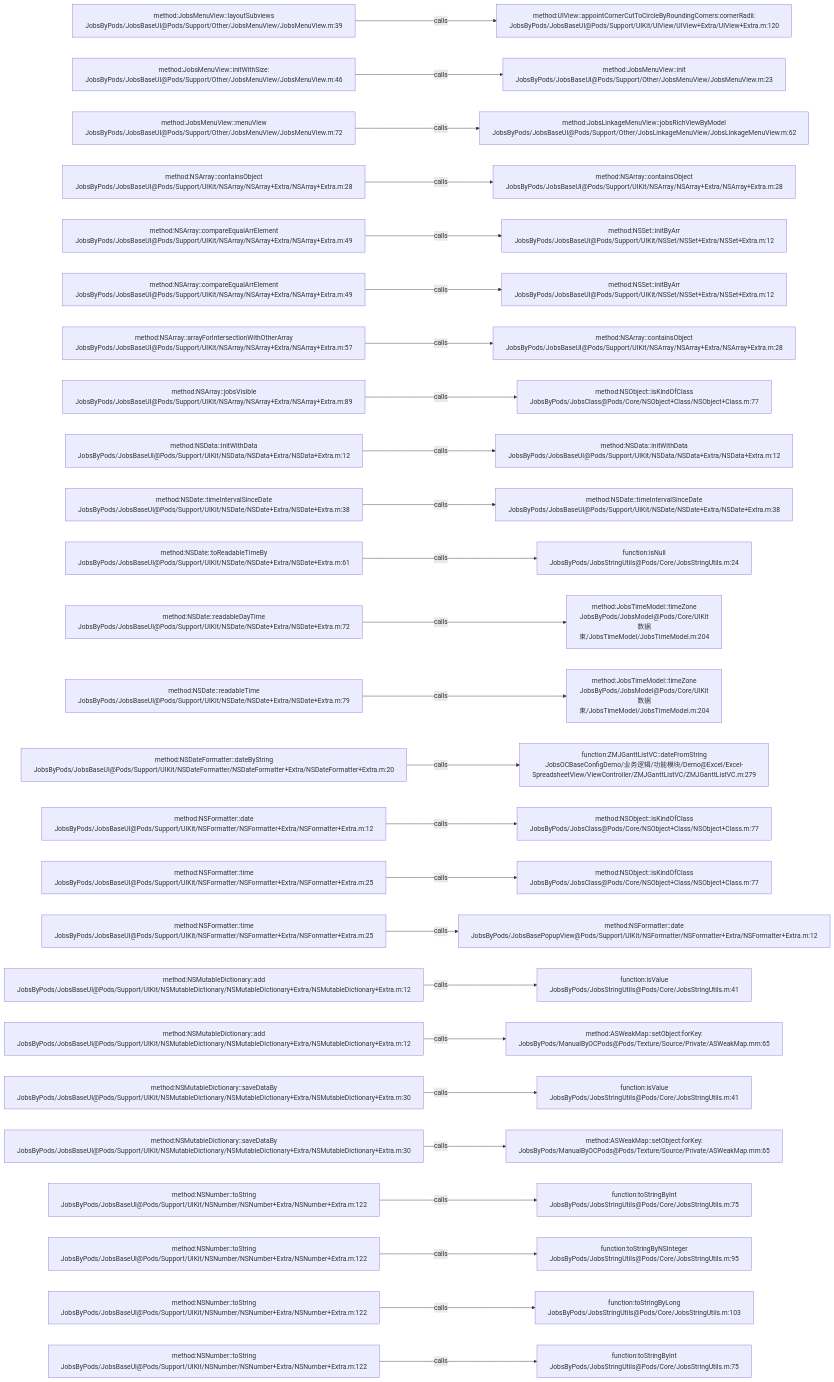
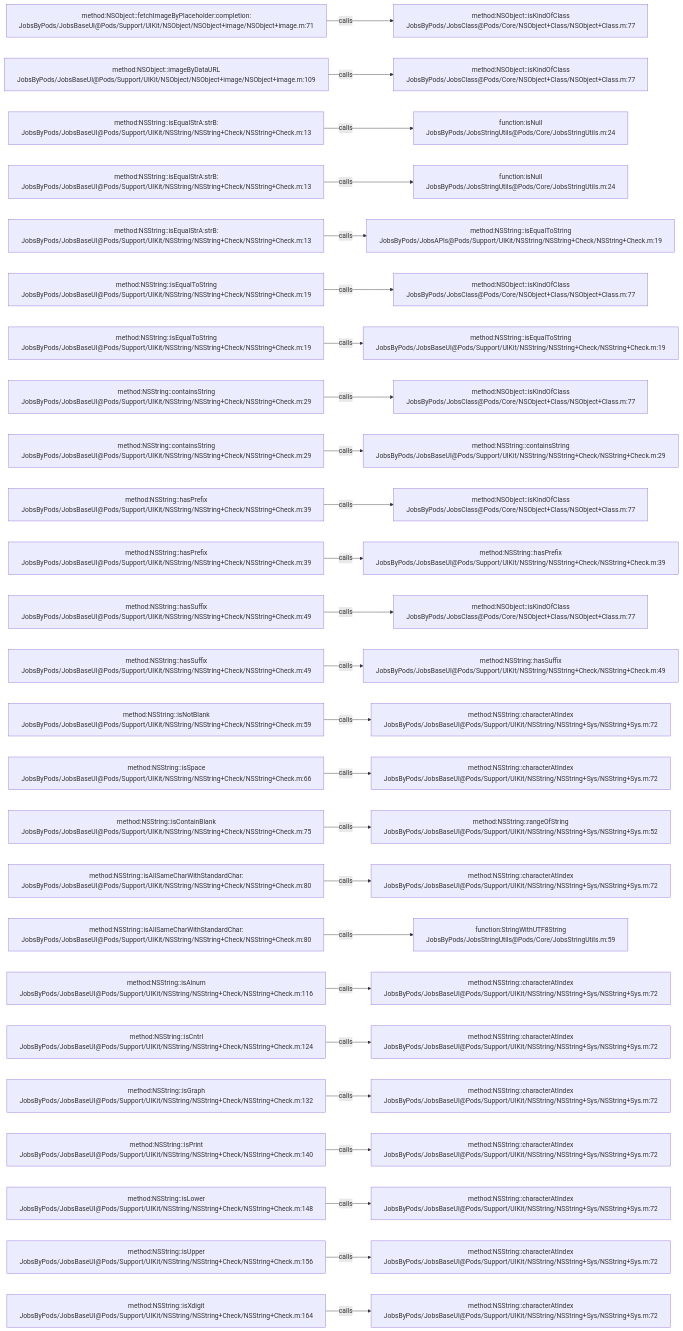
The diagram in .codegraph/codegraph.md/graphs/calls-037.md (JobsKits/JobsOCBaseConfigDemo), drawn with Mermaid before and after one commit. The commit also changed 639 other files, not shown here.

````diff
--- a/.codegraph/codegraph.md/graphs/calls-037.md
+++ b/.codegraph/codegraph.md/graphs/calls-037.md
@@ -13,78 +13,78 @@
 ```mermaid
 flowchart LR
-  S1["method:JobsMenuView::layoutSubviews<br/>JobsByPods/JobsBaseUI@Pods/Support/Other/JobsMenuView/JobsMenuView.m:39"]
-  T1["method:UIView::appointCornerCutToCircleByRoundingCorners:cornerRadii:<br/>JobsByPods/JobsBaseUI@Pods/Support/UIKit/UIView/UIView+Extra/UIView+Extra.m:120"]
+  S1["method:NSObject::fetchImageByPlaceholder:completion:<br/>JobsByPods/JobsBaseUI@Pods/Support/UIKit/NSObject/NSObject+image/NSObject+image.m:71"]
+  T1["method:NSObject::isKindOfClass<br/>JobsByPods/JobsClass@Pods/Core/NSObject+Class/NSObject+Class.m:77"]
   S1 -->|calls| T1
-  S2["method:JobsMenuView::initWithSize:<br/>JobsByPods/JobsBaseUI@Pods/Support/Other/JobsMenuView/JobsMenuView.m:46"]
-  T2["method:JobsMenuView::init<br/>JobsByPods/JobsBaseUI@Pods/Support/Other/JobsMenuView/JobsMenuView.m:23"]
+  S2["method:NSObject::imageByDataURL<br/>JobsByPods/JobsBaseUI@Pods/Support/UIKit/NSObject/NSObject+image/NSObject+image.m:109"]
+  T2["method:NSObject::isKindOfClass<br/>JobsByPods/JobsClass@Pods/Core/NSObject+Class/NSObject+Class.m:77"]
   S2 -->|calls| T2
-  S3["method:JobsMenuView::menuView<br/>JobsByPods/JobsBaseUI@Pods/Support/Other/JobsMenuView/JobsMenuView.m:72"]
-  T3["method:JobsLinkageMenuView::jobsRichViewByModel<br/>JobsByPods/JobsBaseUI@Pods/Support/Other/JobsLinkageMenuView/JobsLinkageMenuView.m:62"]
+  S3["method:NSString::isEqualStrA:strB:<br/>JobsByPods/JobsBaseUI@Pods/Support/UIKit/NSString/NSString+Check/NSString+Check.m:13"]
+  T3["function:isNull<br/>JobsByPods/JobsStringUtils@Pods/Core/JobsStringUtils.m:24"]
   S3 -->|calls| T3
-  S4["method:NSArray::containsObject<br/>JobsByPods/JobsBaseUI@Pods/Support/UIKit/NSArray/NSArray+Extra/NSArray+Extra.m:28"]
-  T4["method:NSArray::containsObject<br/>JobsByPods/JobsBaseUI@Pods/Support/UIKit/NSArray/NSArray+Extra/NSArray+Extra.m:28"]
+  S4["method:NSString::isEqualStrA:strB:<br/>JobsByPods/JobsBaseUI@Pods/Support/UIKit/NSString/NSString+Check/NSString+Check.m:13"]
+  T4["function:isNull<br/>JobsByPods/JobsStringUtils@Pods/Core/JobsStringUtils.m:24"]
   S4 -->|calls| T4
-  S5["method:NSArray::compareEqualArrElement<br/>JobsByPods/JobsBaseUI@Pods/Support/UIKit/NSArray/NSArray+Extra/NSArray+Extra.m:49"]
-  T5["method:NSSet::initByArr<br/>JobsByPods/JobsBaseUI@Pods/Support/UIKit/NSSet/NSSet+Extra/NSSet+Extra.m:12"]
+  S5["method:NSString::isEqualStrA:strB:<br/>JobsByPods/JobsBaseUI@Pods/Support/UIKit/NSString/NSString+Check/NSString+Check.m:13"]
+  T5["method:NSString::isEqualToString<br/>JobsByPods/JobsAPIs@Pods/Support/UIKit/NSString/NSString+Check/NSString+Check.m:19"]
   S5 -->|calls| T5
-  S6["method:NSArray::compareEqualArrElement<br/>JobsByPods/JobsBaseUI@Pods/Support/UIKit/NSArray/NSArray+Extra/NSArray+Extra.m:49"]
-  T6["method:NSSet::initByArr<br/>JobsByPods/JobsBaseUI@Pods/Support/UIKit/NSSet/NSSet+Extra/NSSet+Extra.m:12"]
+  S6["method:NSString::isEqualToString<br/>JobsByPods/JobsBaseUI@Pods/Support/UIKit/NSString/NSString+Check/NSString+Check.m:19"]
+  T6["method:NSObject::isKindOfClass<br/>JobsByPods/JobsClass@Pods/Core/NSObject+Class/NSObject+Class.m:77"]
   S6 -->|calls| T6
-  S7["method:NSArray::arrayForIntersectionWithOtherArray<br/>JobsByPods/JobsBaseUI@Pods/Support/UIKit/NSArray/NSArray+Extra/NSArray+Extra.m:57"]
-  T7["method:NSArray::containsObject<br/>JobsByPods/JobsBaseUI@Pods/Support/UIKit/NSArray/NSArray+Extra/NSArray+Extra.m:28"]
+  S7["method:NSString::isEqualToString<br/>JobsByPods/JobsBaseUI@Pods/Support/UIKit/NSString/NSString+Check/NSString+Check.m:19"]
+  T7["method:NSString::isEqualToString<br/>JobsByPods/JobsBaseUI@Pods/Support/UIKit/NSString/NSString+Check/NSString+Check.m:19"]
   S7 -->|calls| T7
-  S8["method:NSArray::jobsVisible<br/>JobsByPods/JobsBaseUI@Pods/Support/UIKit/NSArray/NSArray+Extra/NSArray+Extra.m:89"]
+  S8["method:NSString::containsString<br/>JobsByPods/JobsBaseUI@Pods/Support/UIKit/NSString/NSString+Check/NSString+Check.m:29"]
   T8["method:NSObject::isKindOfClass<br/>JobsByPods/JobsClass@Pods/Core/NSObject+Class/NSObject+Class.m:77"]
   S8 -->|calls| T8
-  S9["method:NSData::initWithData<br/>JobsByPods/JobsBaseUI@Pods/Support/UIKit/NSData/NSData+Extra/NSData+Extra.m:12"]
-  T9["method:NSData::initWithData<br/>JobsByPods/JobsBaseUI@Pods/Support/UIKit/NSData/NSData+Extra/NSData+Extra.m:12"]
+  S9["method:NSString::containsString<br/>JobsByPods/JobsBaseUI@Pods/Support/UIKit/NSString/NSString+Check/NSString+Check.m:29"]
+  T9["method:NSString::containsString<br/>JobsByPods/JobsBaseUI@Pods/Support/UIKit/NSString/NSString+Check/NSString+Check.m:29"]
   S9 -->|calls| T9
-  S10["method:NSDate::timeIntervalSinceDate<br/>JobsByPods/JobsBaseUI@Pods/Support/UIKit/NSDate/NSDate+Extra/NSDate+Extra.m:38"]
-  T10["method:NSDate::timeIntervalSinceDate<br/>JobsByPods/JobsBaseUI@Pods/Support/UIKit/NSDate/NSDate+Extra/NSDate+Extra.m:38"]
+  S10["method:NSString::hasPrefix<br/>JobsByPods/JobsBaseUI@Pods/Support/UIKit/NSString/NSString+Check/NSString+Check.m:39"]
+  T10["method:NSObject::isKindOfClass<br/>JobsByPods/JobsClass@Pods/Core/NSObject+Class/NSObject+Class.m:77"]
   S10 -->|calls| T10
-  S11["method:NSDate::toReadableTimeBy<br/>JobsByPods/JobsBaseUI@Pods/Support/UIKit/NSDate/NSDate+Extra/NSDate+Extra.m:61"]
-  T11["function:isNull<br/>JobsByPods/JobsStringUtils@Pods/Core/JobsStringUtils.m:24"]
+  S11["method:NSString::hasPrefix<br/>JobsByPods/JobsBaseUI@Pods/Support/UIKit/NSString/NSString+Check/NSString+Check.m:39"]
+  T11["method:NSString::hasPrefix<br/>JobsByPods/JobsBaseUI@Pods/Support/UIKit/NSString/NSString+Check/NSString+Check.m:39"]
   S11 -->|calls| T11
-  S12["method:NSDate::readableDayTime<br/>JobsByPods/JobsBaseUI@Pods/Support/UIKit/NSDate/NSDate+Extra/NSDate+Extra.m:72"]
-  T12["method:JobsTimeModel::timeZone<br/>JobsByPods/JobsModel@Pods/Core/UIKit数据束/JobsTimeModel/JobsTimeModel.m:204"]
+  S12["method:NSString::hasSuffix<br/>JobsByPods/JobsBaseUI@Pods/Support/UIKit/NSString/NSString+Check/NSString+Check.m:49"]
+  T12["method:NSObject::isKindOfClass<br/>JobsByPods/JobsClass@Pods/Core/NSObject+Class/NSObject+Class.m:77"]
   S12 -->|calls| T12
-  S13["method:NSDate::readableTime<br/>JobsByPods/JobsBaseUI@Pods/Support/UIKit/NSDate/NSDate+Extra/NSDate+Extra.m:79"]
-  T13["method:JobsTimeModel::timeZone<br/>JobsByPods/JobsModel@Pods/Core/UIKit数据束/JobsTimeModel/JobsTimeModel.m:204"]
+  S13["method:NSString::hasSuffix<br/>JobsByPods/JobsBaseUI@Pods/Support/UIKit/NSString/NSString+Check/NSString+Check.m:49"]
+  T13["method:NSString::hasSuffix<br/>JobsByPods/JobsBaseUI@Pods/Support/UIKit/NSString/NSString+Check/NSString+Check.m:49"]
   S13 -->|calls| T13
-  S14["method:NSDateFormatter::dateByString<br/>JobsByPods/JobsBaseUI@Pods/Support/UIKit/NSDateFormatter/NSDateFormatter+Extra/NSDateFormatter+Extra.m:20"]
-  T14["function:ZMJGanttListVC::dateFromString<br/>JobsOCBaseConfigDemo/业务逻辑/功能模块/Demo@Excel/Excel-SpreadsheetView/ViewController/ZMJGanttListVC/ZMJGanttListVC.m:279"]
+  S14["method:NSString::isNotBlank<br/>JobsByPods/JobsBaseUI@Pods/Support/UIKit/NSString/NSString+Check/NSString+Check.m:59"]
+  T14["method:NSString::characterAtIndex<br/>JobsByPods/JobsBaseUI@Pods/Support/UIKit/NSString/NSString+Sys/NSString+Sys.m:72"]
   S14 -->|calls| T14
-  S15["method:NSFormatter::date<br/>JobsByPods/JobsBaseUI@Pods/Support/UIKit/NSFormatter/NSFormatter+Extra/NSFormatter+Extra.m:12"]
-  T15["method:NSObject::isKindOfClass<br/>JobsByPods/JobsClass@Pods/Core/NSObject+Class/NSObject+Class.m:77"]
+  S15["method:NSString::isSpace<br/>JobsByPods/JobsBaseUI@Pods/Support/UIKit/NSString/NSString+Check/NSString+Check.m:66"]
+  T15["method:NSString::characterAtIndex<br/>JobsByPods/JobsBaseUI@Pods/Support/UIKit/NSString/NSString+Sys/NSString+Sys.m:72"]
   S15 -->|calls| T15
-  S16["method:NSFormatter::time<br/>JobsByPods/JobsBaseUI@Pods/Support/UIKit/NSFormatter/NSFormatter+Extra/NSFormatter+Extra.m:25"]
-  T16["method:NSObject::isKindOfClass<br/>JobsByPods/JobsClass@Pods/Core/NSObject+Class/NSObject+Class.m:77"]
+  S16["method:NSString::isContainBlank<br/>JobsByPods/JobsBaseUI@Pods/Support/UIKit/NSString/NSString+Check/NSString+Check.m:75"]
+  T16["method:NSString::rangeOfString<br/>JobsByPods/JobsBaseUI@Pods/Support/UIKit/NSString/NSString+Sys/NSString+Sys.m:52"]
   S16 -->|calls| T16
-  S17["method:NSFormatter::time<br/>JobsByPods/JobsBaseUI@Pods/Support/UIKit/NSFormatter/NSFormatter+Extra/NSFormatter+Extra.m:25"]
-  T17["method:NSFormatter::date<br/>JobsByPods/JobsBasePopupView@Pods/Support/UIKit/NSFormatter/NSFormatter+Extra/NSFormatter+Extra.m:12"]
+  S17["method:NSString::isAllSameCharWithStandardChar:<br/>JobsByPods/JobsBaseUI@Pods/Support/UIKit/NSString/NSString+Check/NSString+Check.m:80"]
+  T17["method:NSString::characterAtIndex<br/>JobsByPods/JobsBaseUI@Pods/Support/UIKit/NSString/NSString+Sys/NSString+Sys.m:72"]
   S17 -->|calls| T17
-  S18["method:NSMutableDictionary::add<br/>JobsByPods/JobsBaseUI@Pods/Support/UIKit/NSMutableDictionary/NSMutableDictionary+Extra/NSMutableDictionary+Extra.m:12"]
-  T18["function:isValue<br/>JobsByPods/JobsStringUtils@Pods/Core/JobsStringUtils.m:41"]
+  S18["method:NSString::isAllSameCharWithStandardChar:<br/>JobsByPods/JobsBaseUI@Pods/Support/UIKit/NSString/NSString+Check/NSString+Check.m:80"]
+  T18["function:StringWithUTF8String<br/>JobsByPods/JobsStringUtils@Pods/Core/JobsStringUtils.m:59"]
   S18 -->|calls| T18
-  S19["method:NSMutableDictionary::add<br/>JobsByPods/JobsBaseUI@Pods/Support/UIKit/NSMutableDictionary/NSMutableDictionary+Extra/NSMutableDictionary+Extra.m:12"]
-  T19["method:ASWeakMap::setObject:forKey:<br/>JobsByPods/ManualByOCPods@Pods/Texture/Source/Private/ASWeakMap.mm:65"]
+  S19["method:NSString::isAlnum<br/>JobsByPods/JobsBaseUI@Pods/Support/UIKit/NSString/NSString+Check/NSString+Check.m:116"]
+  T19["method:NSString::characterAtIndex<br/>JobsByPods/JobsBaseUI@Pods/Support/UIKit/NSString/NSString+Sys/NSString+Sys.m:72"]
   S19 -->|calls| T19
-  S20["method:NSMutableDictionary::saveDataBy<br/>JobsByPods/JobsBaseUI@Pods/Support/UIKit/NSMutableDictionary/NSMutableDictionary+Extra/NSMutableDictionary+Extra.m:30"]
-  T20["function:isValue<br/>JobsByPods/JobsStringUtils@Pods/Core/JobsStringUtils.m:41"]
+  S20["method:NSString::isCntrl<br/>JobsByPods/JobsBaseUI@Pods/Support/UIKit/NSString/NSString+Check/NSString+Check.m:124"]
+  T20["method:NSString::characterAtIndex<br/>JobsByPods/JobsBaseUI@Pods/Support/UIKit/NSString/NSString+Sys/NSString+Sys.m:72"]
   S20 -->|calls| T20
-  S21["method:NSMutableDictionary::saveDataBy<br/>JobsByPods/JobsBaseUI@Pods/Support/UIKit/NSMutableDictionary/NSMutableDictionary+Extra/NSMutableDictionary+Extra.m:30"]
-  T21["method:ASWeakMap::setObject:forKey:<br/>JobsByPods/ManualByOCPods@Pods/Texture/Source/Private/ASWeakMap.mm:65"]
+  S21["method:NSString::isGraph<br/>JobsByPods/JobsBaseUI@Pods/Support/UIKit/NSString/NSString+Check/NSString+Check.m:132"]
+  T21["method:NSString::characterAtIndex<br/>JobsByPods/JobsBaseUI@Pods/Support/UIKit/NSString/NSString+Sys/NSString+Sys.m:72"]
   S21 -->|calls| T21
-  S22["method:NSNumber::toString<br/>JobsByPods/JobsBaseUI@Pods/Support/UIKit/NSNumber/NSNumber+Extra/NSNumber+Extra.m:122"]
-  T22["function:toStringByInt<br/>JobsByPods/JobsStringUtils@Pods/Core/JobsStringUtils.m:75"]
+  S22["method:NSString::isPrint<br/>JobsByPods/JobsBaseUI@Pods/Support/UIKit/NSString/NSString+Check/NSString+Check.m:140"]
+  T22["method:NSString::characterAtIndex<br/>JobsByPods/JobsBaseUI@Pods/Support/UIKit/NSString/NSString+Sys/NSString+Sys.m:72"]
   S22 -->|calls| T22
-  S23["method:NSNumber::toString<br/>JobsByPods/JobsBaseUI@Pods/Support/UIKit/NSNumber/NSNumber+Extra/NSNumber+Extra.m:122"]
-  T23["function:toStringByNSInteger<br/>JobsByPods/JobsStringUtils@Pods/Core/JobsStringUtils.m:95"]
+  S23["method:NSString::isLower<br/>JobsByPods/JobsBaseUI@Pods/Support/UIKit/NSString/NSString+Check/NSString+Check.m:148"]
+  T23["method:NSString::characterAtIndex<br/>JobsByPods/JobsBaseUI@Pods/Support/UIKit/NSString/NSString+Sys/NSString+Sys.m:72"]
   S23 -->|calls| T23
-  S24["method:NSNumber::toString<br/>JobsByPods/JobsBaseUI@Pods/Support/UIKit/NSNumber/NSNumber+Extra/NSNumber+Extra.m:122"]
-  T24["function:toStringByLong<br/>JobsByPods/JobsStringUtils@Pods/Core/JobsStringUtils.m:103"]
+  S24["method:NSString::isUpper<br/>JobsByPods/JobsBaseUI@Pods/Support/UIKit/NSString/NSString+Check/NSString+Check.m:156"]
+  T24["method:NSString::characterAtIndex<br/>JobsByPods/JobsBaseUI@Pods/Support/UIKit/NSString/NSString+Sys/NSString+Sys.m:72"]
   S24 -->|calls| T24
-  S25["method:NSNumber::toString<br/>JobsByPods/JobsBaseUI@Pods/Support/UIKit/NSNumber/NSNumber+Extra/NSNumber+Extra.m:122"]
-  T25["function:toStringByInt<br/>JobsByPods/JobsStringUtils@Pods/Core/JobsStringUtils.m:75"]
+  S25["method:NSString::isXdigit<br/>JobsByPods/JobsBaseUI@Pods/Support/UIKit/NSString/NSString+Check/NSString+Check.m:164"]
+  T25["method:NSString::characterAtIndex<br/>JobsByPods/JobsBaseUI@Pods/Support/UIKit/NSString/NSString+Sys/NSString+Sys.m:72"]
   S25 -->|calls| T25
 ```
````
